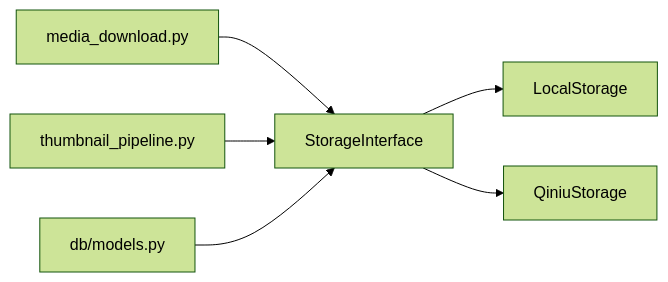
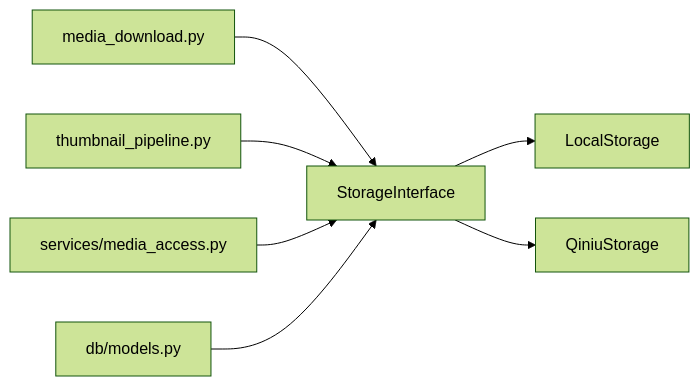
One commit to zuohaisu/wecom-archive changed diagram 11 of 11 in .qoder/repowiki/en/content/Storage System/Storage Backends.md. Above: the diagram before and after it, drawn with Mermaid (forest theme). The commit also changed other lines of this file and 84 other files, not shown here.

````diff
--- a/.qoder/repowiki/en/content/Storage System/Storage Backends.md
+++ b/.qoder/repowiki/en/content/Storage System/Storage Backends.md
@@ -403,8 +485,9 @@
 ```mermaid
 graph LR
 MD["media_download.py"] --> IF["StorageInterface"]
 TP["thumbnail_pipeline.py"] --> IF
+MAS["services/media_access.py"] --> IF
 IF --> LFS["LocalStorage"]
 IF --> QN["QiniuStorage"]
 DB["db/models.py"] --> IF
 ```
````
